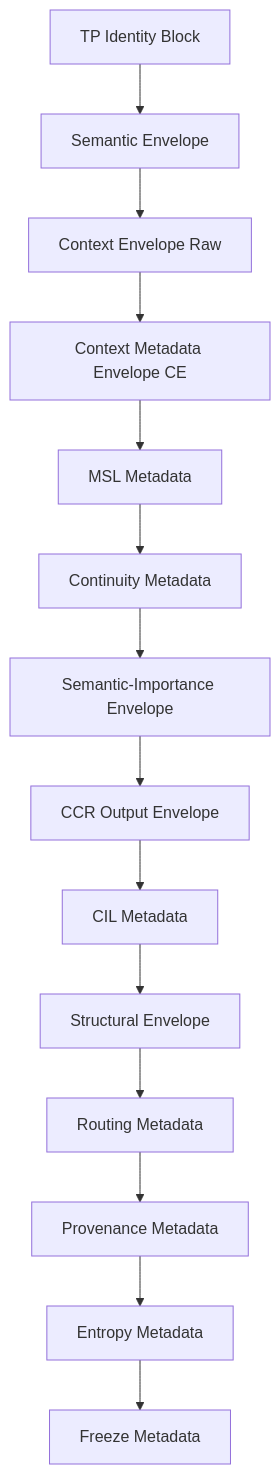
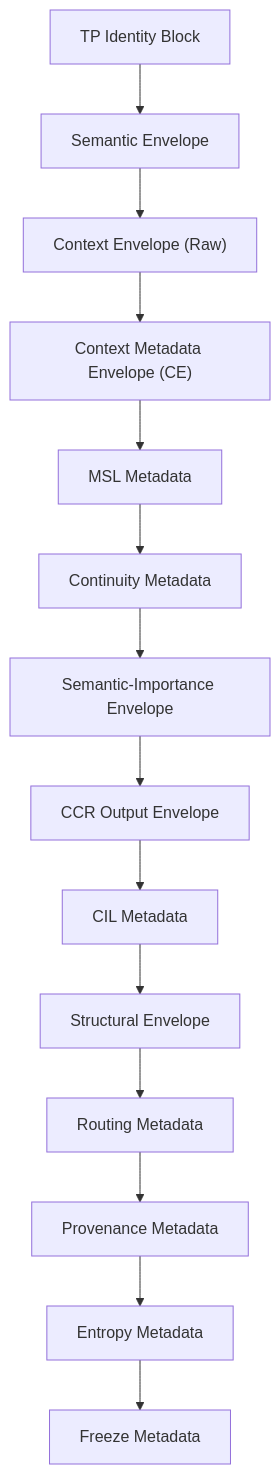
Before and after one commit to CuriousOne23/WhenMathPrays: the second of 3 diagrams in thought_simulator/requirements_20/system_playground/primitives/tpu/tp_description.md, drawn with Mermaid.

````diff
--- a/thought_simulator/requirements_20/system_playground/primitives/tpu/tp_description.md
+++ b/thought_simulator/requirements_20/system_playground/primitives/tpu/tp_description.md
@@ -78,16 +78,16 @@
 ```mermaid
 flowchart TD
     A[TP Identity Block] --> B[Semantic Envelope]
-    B --> C[Context Envelope Raw]
-    C --> D[Context Metadata Envelope CE]
+    B --> C["Context Envelope (Raw)"]
+    C --> D["Context Metadata Envelope (CE)"]
     D --> E[MSL Metadata]
     E --> F[Continuity Metadata]
     F --> G[Semantic-Importance Envelope]
     G --> H[CCR Output Envelope]
     H --> I[CIL Metadata]
     I --> J[Structural Envelope]
     J --> K[Routing Metadata]
     K --> L[Provenance Metadata]
     L --> M[Entropy Metadata]
     M --> N[Freeze Metadata]
 ```
````
